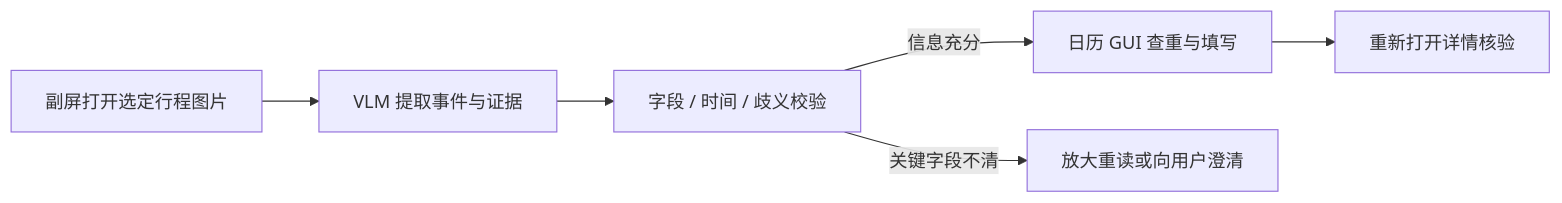
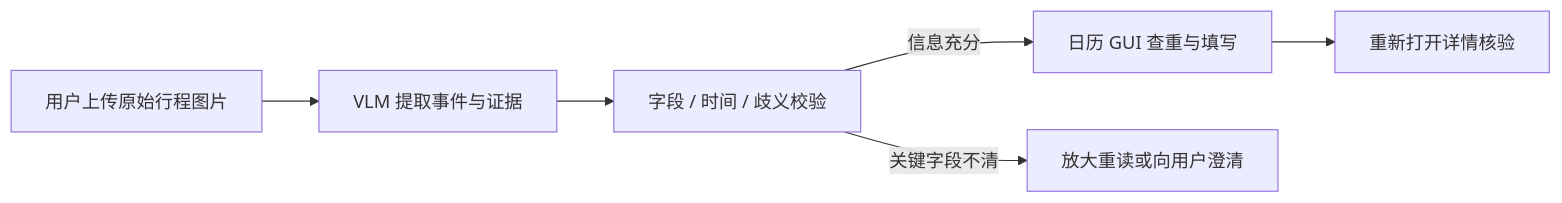
The fourth of 4 diagrams in docs/superpowers/specs/2026-09-21-wellphone-design.md (Youkinaa/wellphone), drawn with Mermaid before and after one commit. The commit also changed other lines of this file and 7 other files, not shown here.

````diff
--- a/docs/superpowers/specs/2026-09-21-wellphone-design.md
+++ b/docs/superpowers/specs/2026-09-21-wellphone-design.md
@@ -259,8 +263,8 @@
 ```mermaid
 flowchart LR
-    IMG[副屏打开选定行程图片] --> VLM[VLM 提取事件与证据]
+    IMG[用户上传原始行程图片] --> VLM[VLM 提取事件与证据]
     VLM --> CHECK[字段 / 时间 / 歧义校验]
     CHECK -->|信息充分| GUI[日历 GUI 查重与填写]
     CHECK -->|关键字段不清| ASK[放大重读或向用户澄清]
     GUI --> VERIFY[重新打开详情核验]
 ```
````
